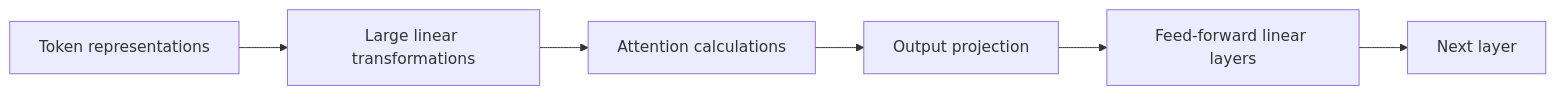
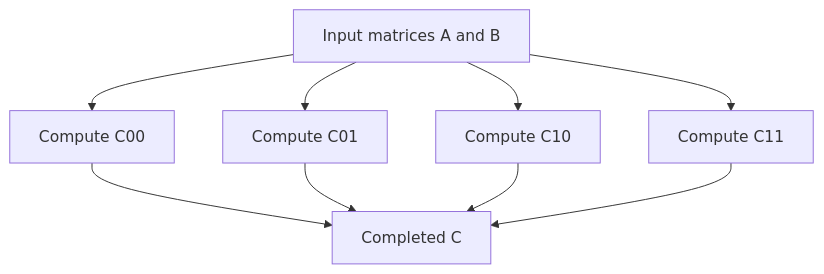
Diagram 19 of 26 in curriculum/phase-01-gpu-inference-foundations/modules/01-gpu-architecture/lessons/01-computing-and-parallelism-foundations.md (iqbalk89/Inference-Performance-Lab), drawn with Mermaid before and after one commit. The commit also changed other lines of this file and 1 other file, not shown here.

````diff
--- a/curriculum/phase-01-gpu-inference-foundations/modules/01-gpu-architecture/lessons/01-computing-and-parallelism-foundations.md
+++ b/curriculum/phase-01-gpu-inference-foundations/modules/01-gpu-architecture/lessons/01-computing-and-parallelism-foundations.md
@@ -257,8 +1192,12 @@
 ```mermaid
-flowchart LR
-    T[Token representations] --> QKV[Large linear transformations]
-    QKV --> ATT[Attention calculations]
-    ATT --> PROJ[Output projection]
-    PROJ --> MLP[Feed-forward linear layers]
-    MLP --> NEXT[Next layer]
+flowchart TD
+    IN[Input matrices A and B]
+    IN --> C00[Compute C00]
+    IN --> C01[Compute C01]
+    IN --> C10[Compute C10]
+    IN --> C11[Compute C11]
+    C00 --> OUT[Completed C]
+    C01 --> OUT
+    C10 --> OUT
+    C11 --> OUT
 ```
````
